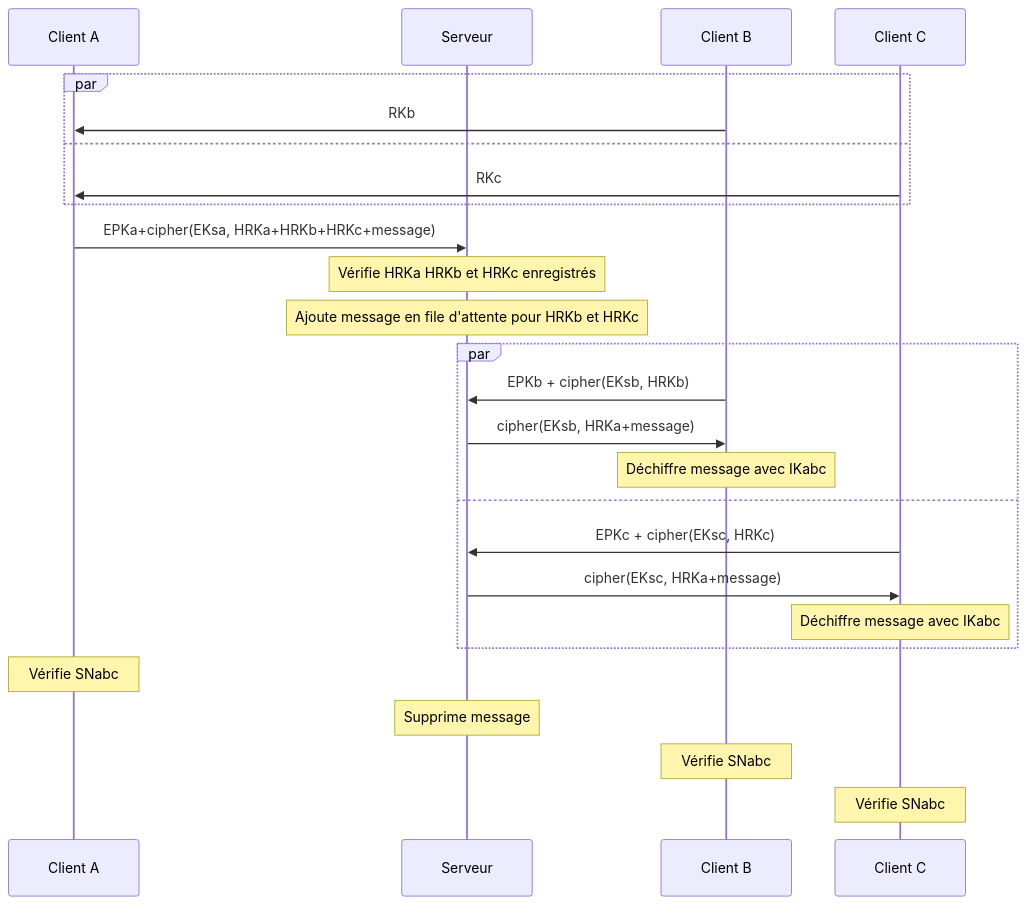
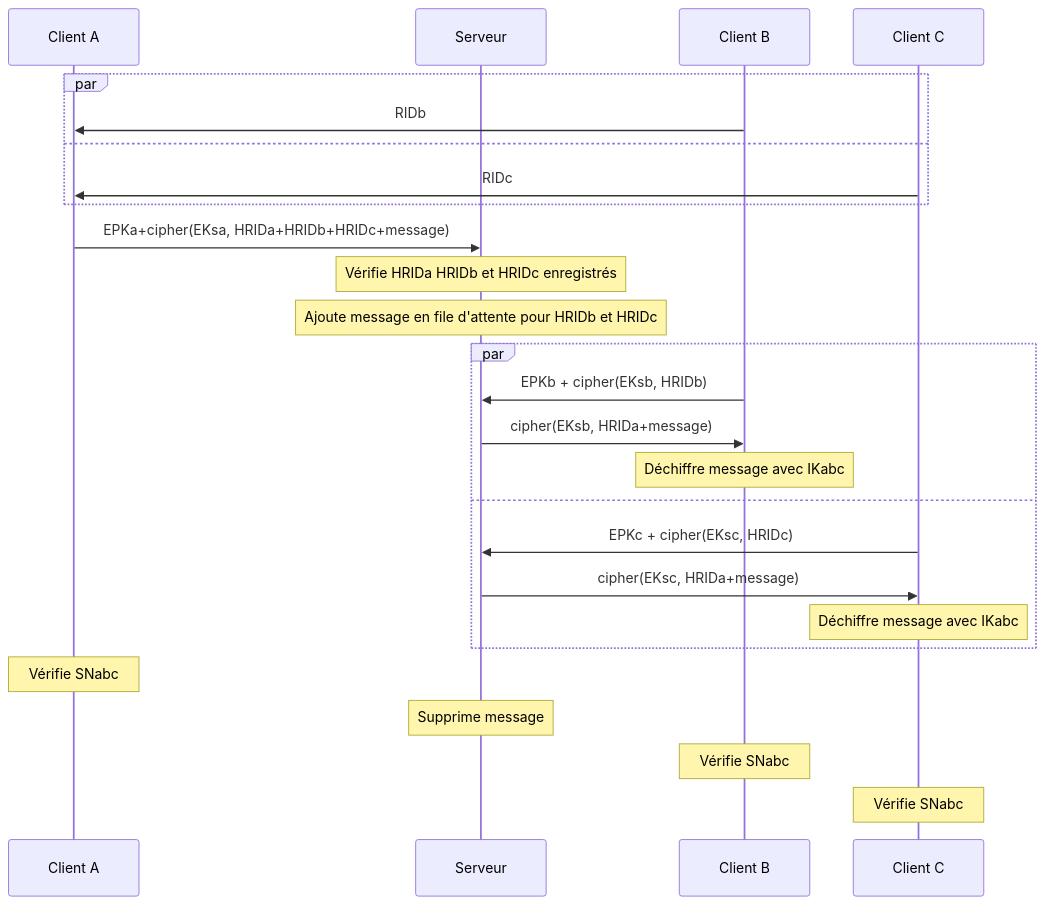
One commit to Relex12/Decentralized-Password-Manager changed the second of 3 diagrams in readme/04-FR-implementation.md. Above: the diagram before and after it, drawn with Mermaid. The commit also changed other lines of this file and 1 other file, not shown here.

````diff
--- a/readme/04-FR-implementation.md
+++ b/readme/04-FR-implementation.md
@@ -71,28 +80,28 @@
 ```mermaid
 sequenceDiagram
     participant A as Client A
     participant S as Serveur
     participant B as Client B
     participant C as Client C
     par
-    B ->> A: RKb
+    B ->> A: RIDb
     and
-    C ->> A: RKc
+    C ->> A: RIDc
     end
-    A ->> S: EPKa+cipher(EKsa, HRKa+HRKb+HRKc+message)
-    Note over S: Vérifie HRKa HRKb et HRKc enregistrés
-    Note over S: Ajoute message en file d'attente pour HRKb et HRKc
+    A ->> S: EPKa+cipher(EKsa, HRIDa+HRIDb+HRIDc+message)
+    Note over S: Vérifie HRIDa HRIDb et HRIDc enregistrés
+    Note over S: Ajoute message en file d'attente pour HRIDb et HRIDc
     par
-    B ->> S: EPKb + cipher(EKsb, HRKb)
-    S ->> B: cipher(EKsb, HRKa+message)
+    B ->> S: EPKb + cipher(EKsb, HRIDb)
+    S ->> B: cipher(EKsb, HRIDa+message)
     Note over B: Déchiffre message avec IKabc
     and
-    C ->> S: EPKc + cipher(EKsc, HRKc)
-    S ->> C: cipher(EKsc, HRKa+message)
+    C ->> S: EPKc + cipher(EKsc, HRIDc)
+    S ->> C: cipher(EKsc, HRIDa+message)
     Note over C: Déchiffre message avec IKabc
     end
     Note over A: Vérifie SNabc
     Note over S: Supprime message
     Note over B: Vérifie SNabc
     Note over C: Vérifie SNabc
 ```
````
